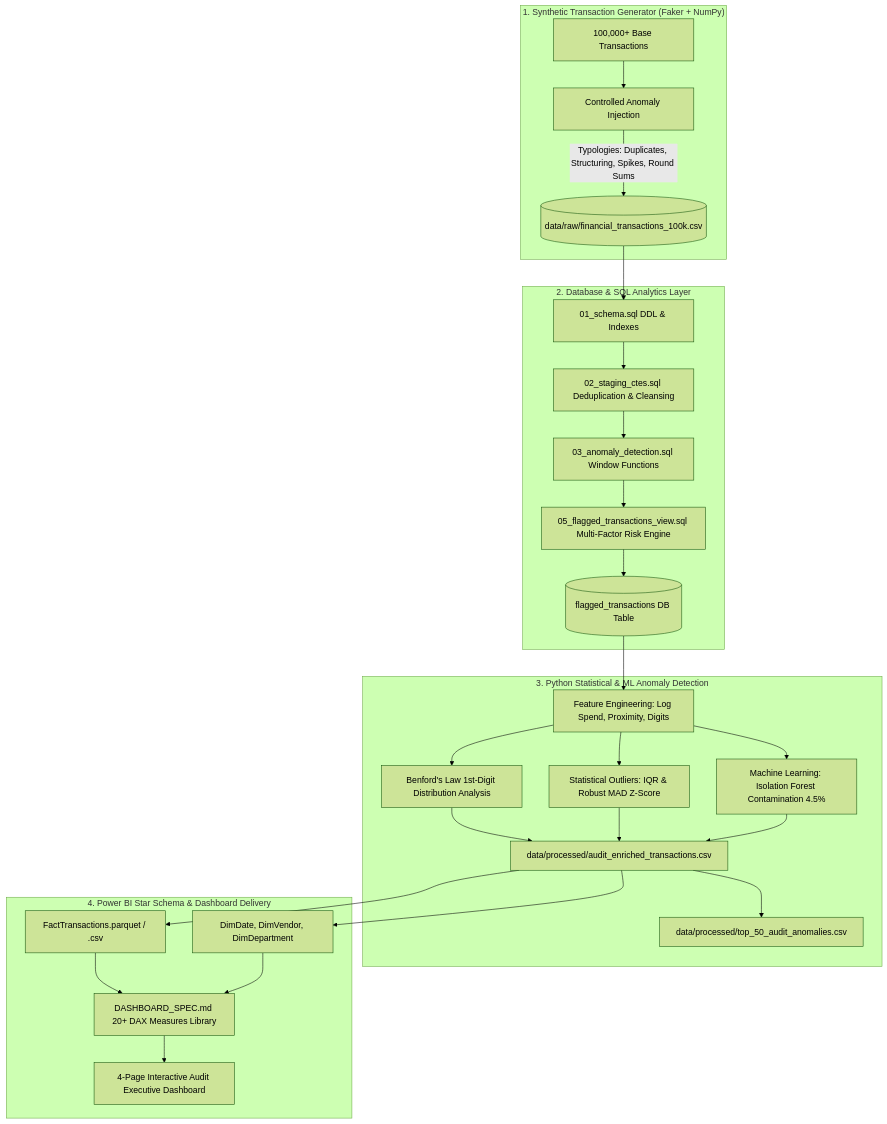
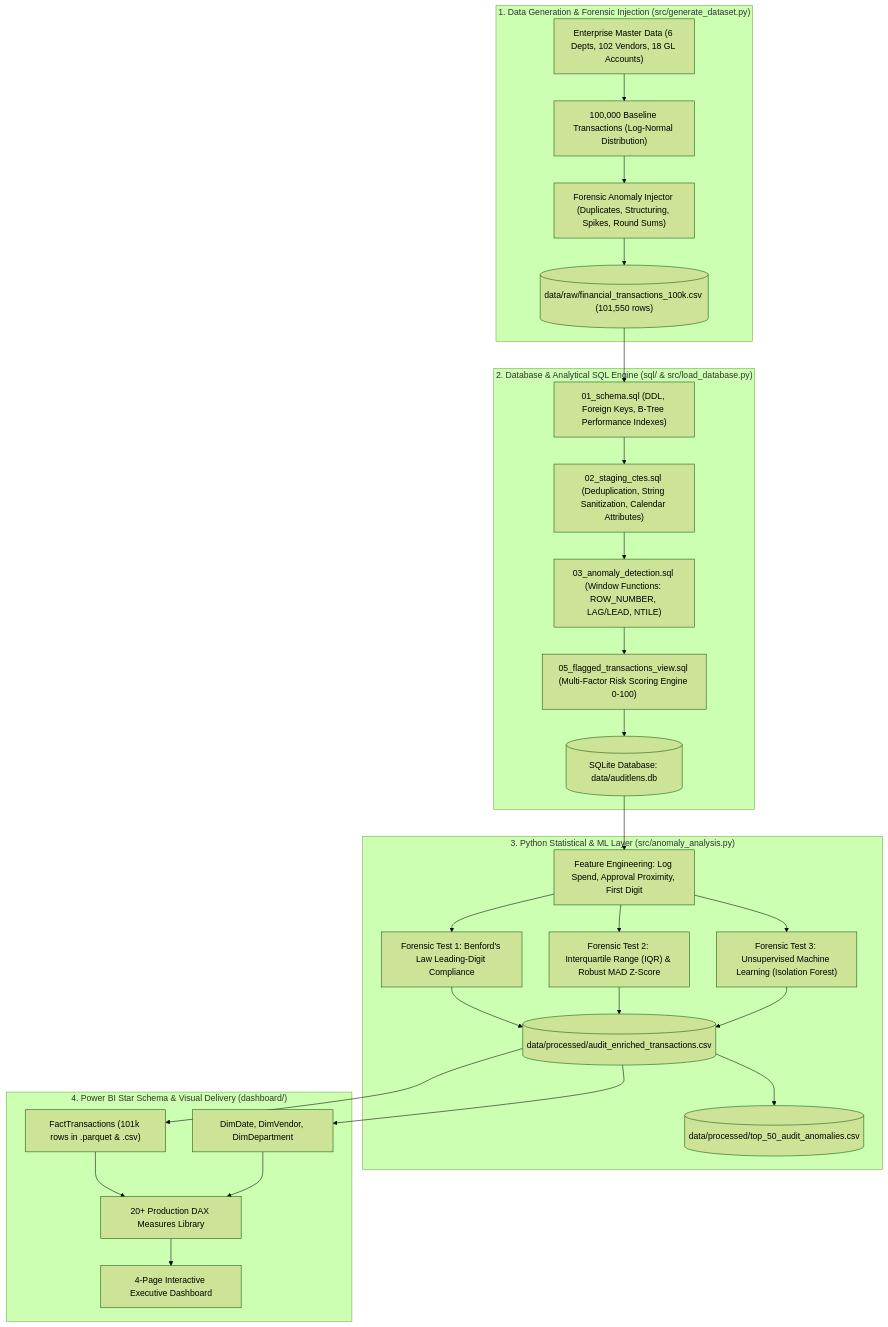
One commit to vip23anchib/AuditLens changed the diagram in README.md. Above: the diagram before and after it, drawn with Mermaid (forest theme). The commit also changed other lines of this file, not shown here.

Commit message:
docs(readme): create visually rich portfolio README with architecture diagrams, forensic catalogs, and interactive specs

````diff
--- a/README.md
+++ b/README.md
@@ -15,31 +56,32 @@
 ```mermaid
 flowchart TD
-    subgraph DataGen["1. Synthetic Transaction Generator (Faker + NumPy)"]
-        A[100,000+ Base Transactions] --> B[Controlled Anomaly Injection]
-        B -->|Typologies: Duplicates, Structuring, Spikes, Round Sums| C[(data/raw/financial_transactions_100k.csv)]
+    subgraph STAGE1["1. Data Generation & Forensic Injection (src/generate_dataset.py)"]
+        A["Enterprise Master Data (6 Depts, 102 Vendors, 18 GL Accounts)"] --> B["100,000 Baseline Transactions (Log-Normal Distribution)"]
+        B --> C["Forensic Anomaly Injector (Duplicates, Structuring, Spikes, Round Sums)"]
+        C --> D[("data/raw/financial_transactions_100k.csv (101,550 rows)")]
     end
 
-    subgraph SQLLayer["2. Database & SQL Analytics Layer"]
-        C --> D[01_schema.sql DDL & Indexes]
-        D --> E[02_staging_ctes.sql Deduplication & Cleansing]
-        E --> F[03_anomaly_detection.sql Window Functions]
-        F --> G[05_flagged_transactions_view.sql Multi-Factor Risk Engine]
-        G --> H[(flagged_transactions DB Table)]
+    subgraph STAGE2["2. Database & Analytical SQL Engine (sql/ & src/load_database.py)"]
+        D --> E["01_schema.sql (DDL, Foreign Keys, B-Tree Performance Indexes)"]
+        E --> F["02_staging_ctes.sql (Deduplication, String Sanitization, Calendar Attributes)"]
+        F --> G["03_anomaly_detection.sql (Window Functions: ROW_NUMBER, LAG/LEAD, NTILE)"]
+        G --> H["05_flagged_transactions_view.sql (Multi-Factor Risk Scoring Engine 0-100)"]
+        H --> I[("SQLite Database: data/auditlens.db")]
     end
 
-    subgraph PythonML["3. Python Statistical & ML Anomaly Detection"]
-        H --> I[Feature Engineering: Log Spend, Proximity, Digits]
-        I --> J[Benford's Law 1st-Digit Distribution Analysis]
-        I --> K[Statistical Outliers: IQR & Robust MAD Z-Score]
-        I --> L[Machine Learning: Isolation Forest Contamination 4.5%]
-        J & K & L --> M[data/processed/audit_enriched_transactions.csv]
-        M --> N[data/processed/top_50_audit_anomalies.csv]
+    subgraph STAGE3["3. Python Statistical & ML Layer (src/anomaly_analysis.py)"]
+        I --> J["Feature Engineering: Log Spend, Approval Proximity, First Digit"]
+        J --> K["Forensic Test 1: Benford's Law Leading-Digit Compliance"]
+        J --> L["Forensic Test 2: Interquartile Range (IQR) & Robust MAD Z-Score"]
+        J --> M["Forensic Test 3: Unsupervised Machine Learning (Isolation Forest)"]
+        K & L & M --> N[("data/processed/audit_enriched_transactions.csv")]
+        N --> O[("data/processed/top_50_audit_anomalies.csv")]
     end
 
-    subgraph PowerBI["4. Power BI Star Schema & Dashboard Delivery"]
-        M --> O[FactTransactions.parquet / .csv]
-        M --> P[DimDate, DimVendor, DimDepartment]
-        O & P --> Q[DASHBOARD_SPEC.md 20+ DAX Measures Library]
-        Q --> R[4-Page Interactive Audit Executive Dashboard]
+    subgraph STAGE4["4. Power BI Star Schema & Visual Delivery (dashboard/)"]
+        N --> P["FactTransactions (101k rows in .parquet & .csv)"]
+        N --> Q["DimDate, DimVendor, DimDepartment"]
+        P & Q --> R["20+ Production DAX Measures Library"]
+        R --> S["4-Page Interactive Executive Dashboard"]
     end
 ```
````
